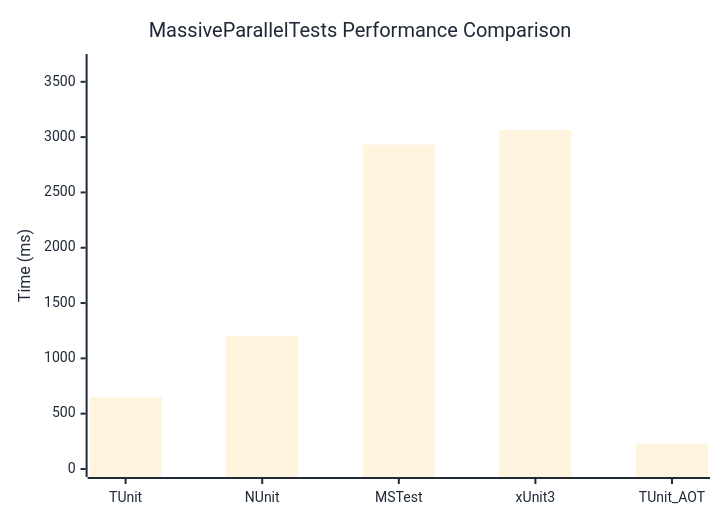
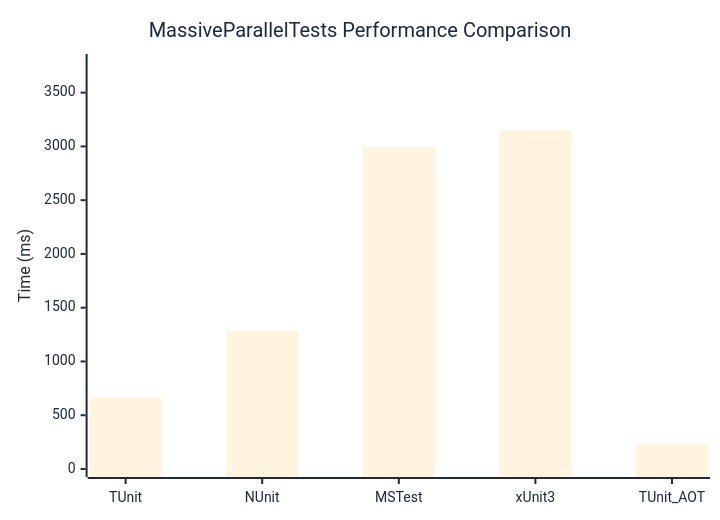
The diagram in docs/docs/benchmarks/MassiveParallelTests.md (thomhurst/TUnit), drawn with Mermaid before and after one commit. The commit also changed other lines of this file and 17 other files, not shown here.

````diff
--- a/docs/docs/benchmarks/MassiveParallelTests.md
+++ b/docs/docs/benchmarks/MassiveParallelTests.md
@@ -27,37 +27,37 @@
 ```mermaid
 %%{init: {
   'theme':'base',
   'themeVariables': {
     'primaryColor': '#2563eb',
     'primaryTextColor': '#1f2937',
     'primaryBorderColor': '#1e40af',
     'lineColor': '#6b7280',
     'secondaryColor': '#7c3aed',
     'tertiaryColor': '#dc2626',
     'background': '#ffffff',
     'mainBkg': '#2563eb',
     'secondBkg': '#7c3aed',
     'tertiaryBkg': '#dc2626',
     'clusterBkg': '#f3f4f6',
     'edgeLabelBackground': '#ffffff',
     'tertiaryTextColor': '#1f2937',
     'pie1': '#2563eb',
     'pie2': '#7c3aed',
     'pie3': '#dc2626',
     'pie4': '#f59e0b',
     'pie5': '#10b981',
     'pie6': '#06b6d4',
     'pie7': '#ec4899',
     'pie8': '#6366f1',
     'pie9': '#84cc16',
     'pie10': '#f97316',
     'pie11': '#14b8a6',
     'pie12': '#a855f7'
   }
 }}%%
 xychart-beta
   title "MassiveParallelTests Performance Comparison"
   x-axis ["TUnit", "NUnit", "MSTest", "xUnit3", "TUnit_AOT"]
-  y-axis "Time (ms)" 0 --> 3679
-  bar [651.8, 1203.4, 2931.9, 3065.7, 227.7]
+  y-axis "Time (ms)" 0 --> 3785
+  bar [668.7, 1282.4, 2994.7, 3154.1, 227.3]
 ```
````
